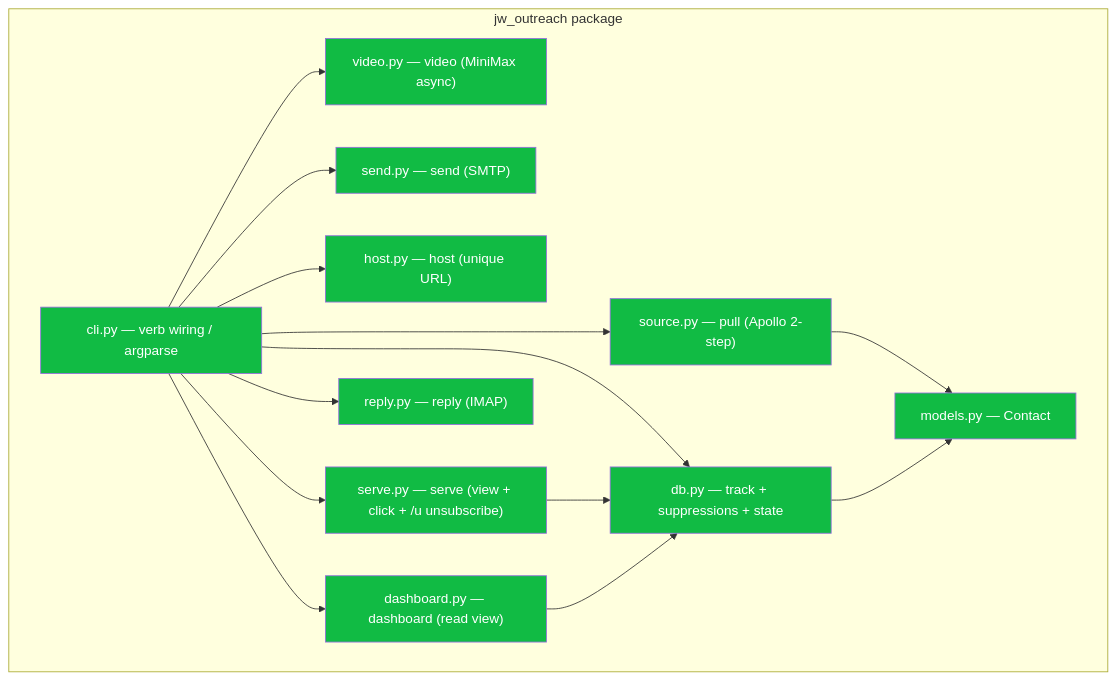
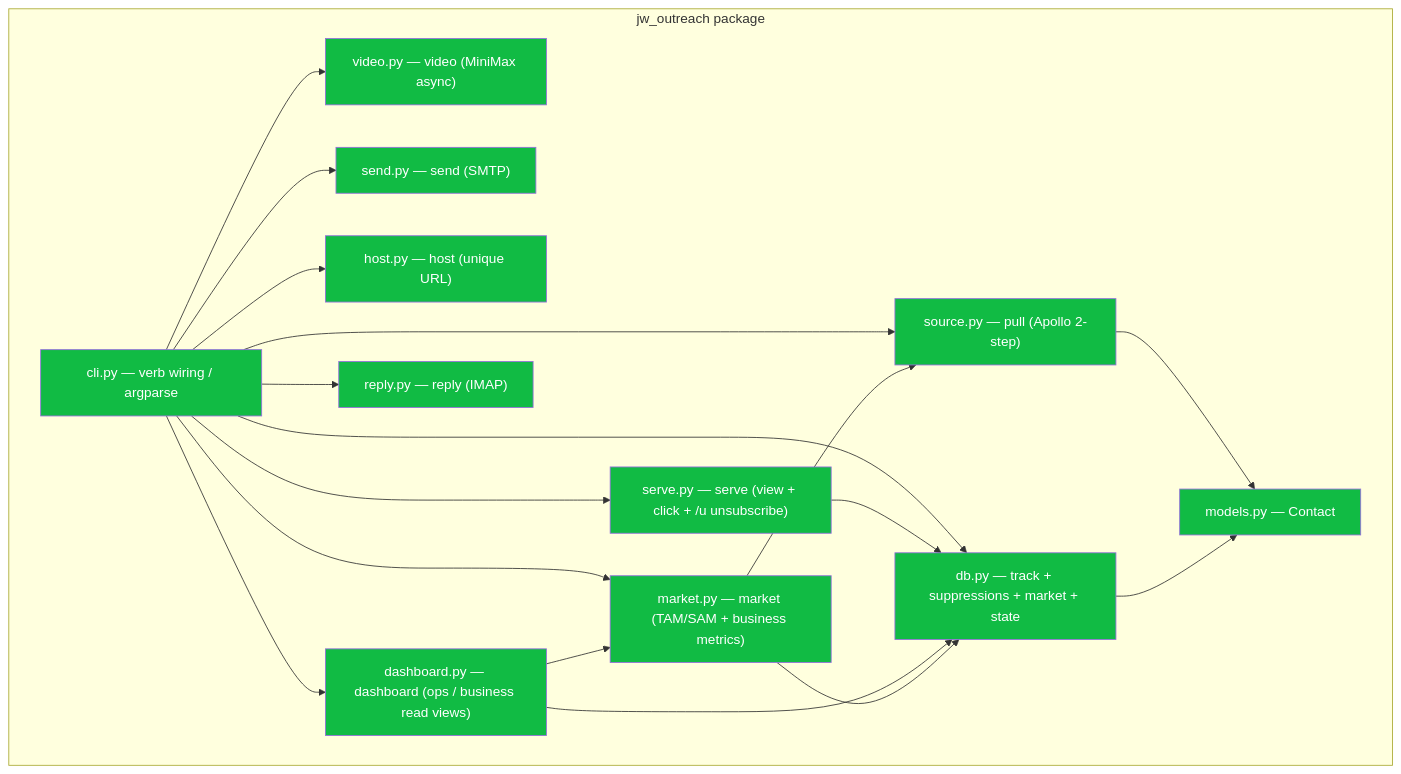
The first of 9 diagrams in connectors/outreach/FLOWS.md (sancovp/twi-jobworld), drawn with Mermaid before and after one commit. The commit also changed other lines of this file and 14 other files, not shown here.

First line of the commit message:
Add business/exec dashboard + TAM/SAM/SOM market sizing

````diff
--- a/connectors/outreach/FLOWS.md
+++ b/connectors/outreach/FLOWS.md
@@ -10,22 +10,24 @@
 ```mermaid
 flowchart TB
   subgraph pkg["jw_outreach package"]
     CLI["cli.py — verb wiring / argparse"]
     SRC["source.py — pull (Apollo 2-step)"]
     VID["video.py — video (MiniMax async)"]
     SND["send.py — send (SMTP)"]
     HST["host.py — host (unique URL)"]
     SRV["serve.py — serve (view + click + /u unsubscribe)"]
-    DSH["dashboard.py — dashboard (read view)"]
+    DSH["dashboard.py — dashboard (ops / business read views)"]
+    MKT["market.py — market (TAM/SAM + business metrics)"]
     RPL["reply.py — reply (IMAP)"]
-    DBM["db.py — track + suppressions + state"]
+    DBM["db.py — track + suppressions + market + state"]
     MOD["models.py — Contact"]
   end
-  CLI --> SRC & VID & SND & HST & SRV & DSH & RPL & DBM
+  CLI --> SRC & VID & SND & HST & SRV & DSH & MKT & RPL & DBM
   SRC --> MOD
   DBM --> MOD
   SRV --> DBM
-  DSH --> DBM
+  DSH --> DBM & MKT
+  MKT --> DBM & SRC
   classDef code fill:#1b4,color:#fff
-  class CLI,SRC,VID,SND,HST,SRV,DSH,RPL,DBM,MOD code
+  class CLI,SRC,VID,SND,HST,SRV,DSH,MKT,RPL,DBM,MOD code
 ```
````
